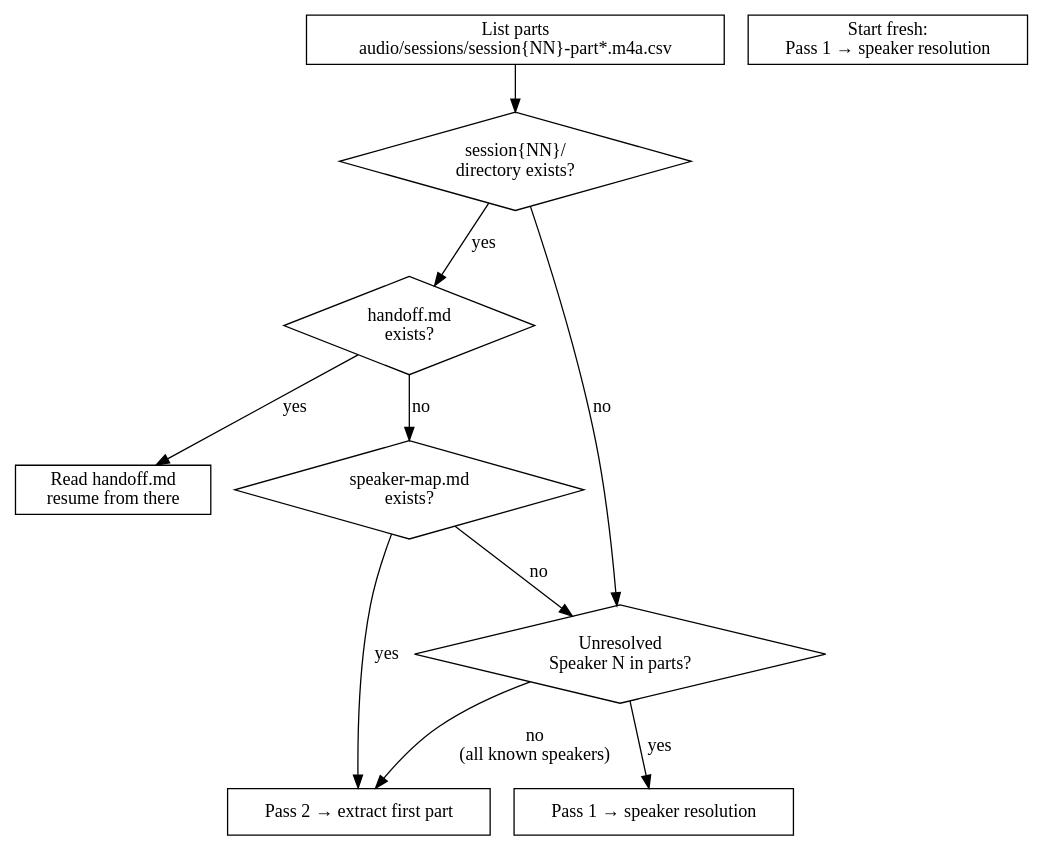
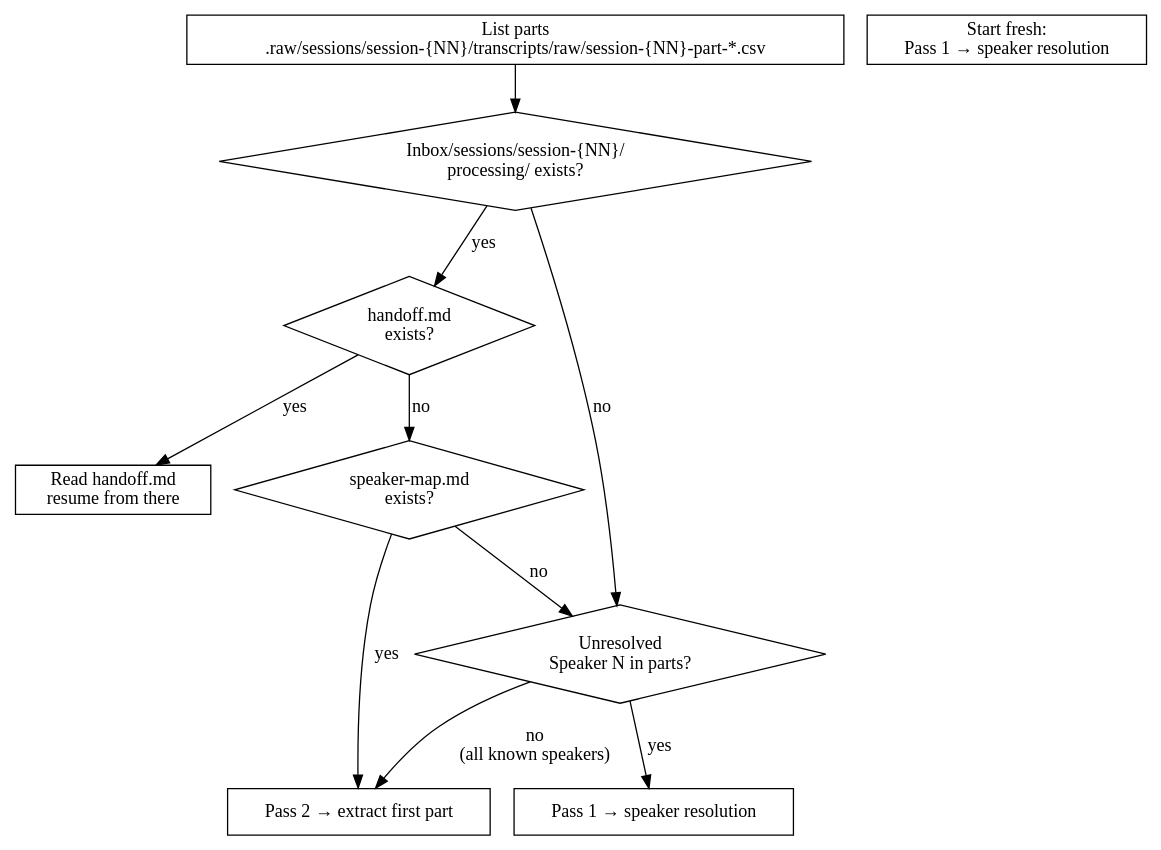
One commit to Thedougler/shattered-sea-wiki changed the first of 2 diagrams in .claude/skills/session-ingest/SKILL.md. Above: the diagram before and after it, drawn with Graphviz. The commit also changed other lines of this file and 5 other files, not shown here.

First line of the commit message:
fix(skills): point session-ingest/highlights at .raw/sessions packets

````diff
--- a/.claude/skills/session-ingest/SKILL.md
+++ b/.claude/skills/session-ingest/SKILL.md
@@ -26,27 +26,27 @@
 ```dot
 digraph entry {
   rankdir=TB;
   node [shape=diamond];
-  start [label="List parts\naudio/sessions/session{NN}-part*.m4a.csv" shape=box];
-  has_work [label="session{NN}/\ndirectory exists?"];
+  start [label="List parts\n.raw/sessions/session-{NN}/transcripts/raw/session-{NN}-part-*.csv" shape=box];
+  has_work [label="Inbox/sessions/session-{NN}/\nprocessing/ exists?"];
   has_handoff [label="handoff.md\nexists?"];
   has_speakermap [label="speaker-map.md\nexists?"];
   has_unknown [label="Unresolved\nSpeaker N in parts?"];
 
   node [shape=box];
   fresh [label="Start fresh:\nPass 1 → speaker resolution"];
   resume [label="Read handoff.md\nresume from there"];
   start_extract [label="Pass 2 → extract first part"];
   resolve [label="Pass 1 → speaker resolution"];
 
   start -> has_work;
   has_work -> has_handoff [label="yes"];
   has_work -> has_unknown [label="no"];
   has_handoff -> resume [label="yes"];
   has_handoff -> has_speakermap [label="no"];
   has_speakermap -> start_extract [label="yes"];
   has_speakermap -> has_unknown [label="no"];
   has_unknown -> resolve [label="yes"];
   has_unknown -> start_extract [label="no\n(all known speakers)"];
 }
 ```
````
